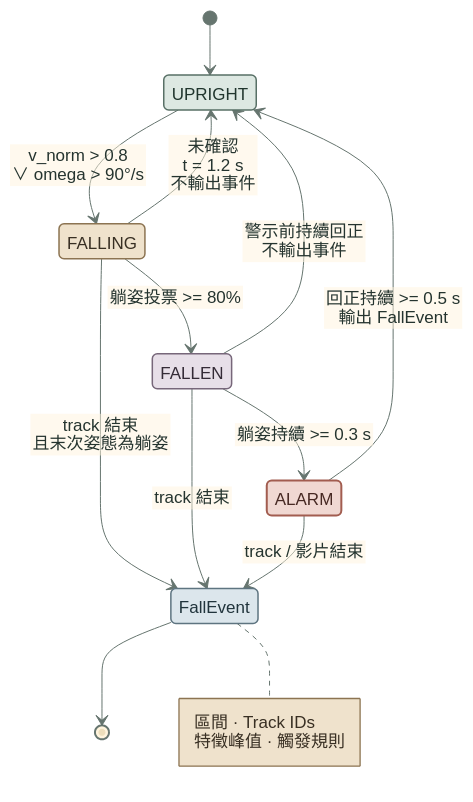
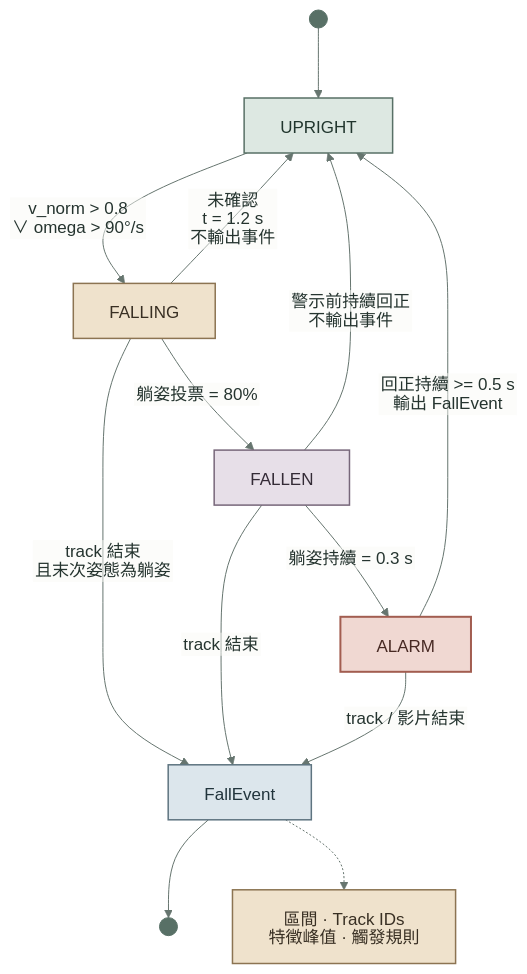
The third of 3 diagrams in README.md (kuotunyu/fall-detection-pose), drawn with Mermaid before and after one commit. The commit also changed 1 other file, not shown here.

Commit message:
docs: harden state diagram layout

````diff
--- a/README.md
+++ b/README.md
@@ -210,40 +210,42 @@
 ```mermaid
-%%{init: {'theme': 'base', 'htmlLabels': false, 'themeVariables': {'fontSize': '17px', 'fontFamily': 'Arial, sans-serif', 'lineColor': '#66756F', 'primaryTextColor': '#25342F', 'edgeLabelBackground': '#FAF9F6', 'noteBkgColor': '#EFE2CC', 'noteBorderColor': '#8C7452', 'noteTextColor': '#382F23'}}}%%
-stateDiagram-v2
-    direction TB
-    %% En spaces compensate for GitHub's state-node text metrics.
-    state " UPRIGHT " as UPRIGHT
-    state " FALLING " as FALLING
-    state " FALLEN " as FALLEN
-    state " ALARM " as ALARM
-    state " FallEvent " as FallEvent
-    [*] --> UPRIGHT
-    UPRIGHT --> FALLING: v_norm > 0.8<br/>∨ omega > 90°/s
-    FALLING --> FALLEN: 躺姿投票 >= 80%
-    FALLING --> UPRIGHT: 未確認<br/>t = 1.2 s<br/>不輸出事件
-    FALLEN --> ALARM: 躺姿持續 >= 0.3 s
-    FALLEN --> UPRIGHT: 警示前持續回正<br/>不輸出事件
-    ALARM --> UPRIGHT: 回正持續 >= 0.5 s<br/>輸出 FallEvent
+%%{init: {'theme': 'base', 'htmlLabels': false, 'flowchart': {'nodeSpacing': 55, 'rankSpacing': 70, 'curve': 'basis', 'padding': 18}, 'themeVariables': {'fontSize': '17px', 'fontFamily': 'Arial, sans-serif', 'lineColor': '#66756F', 'primaryTextColor': '#25342F', 'edgeLabelBackground': '#FAF9F6'}}}%%
+flowchart TB
+    Start(( ))
+    UPRIGHT["UPRIGHT"]
+    FALLING["FALLING"]
+    FALLEN["FALLEN"]
+    ALARM["ALARM"]
+    FallEvent["FallEvent"]
+    End(( ))
+    Evidence["區間 · Track IDs<br/>特徵峰值 · 觸發規則"]
 
-    FALLING --> FallEvent: track 結束<br/>且末次姿態為躺姿
-    FALLEN --> FallEvent: track 結束
-    ALARM --> FallEvent: track / 影片結束
-    FallEvent --> [*]
+    Start --> UPRIGHT
+    UPRIGHT -->|"v_norm > 0.8<br/>∨ omega > 90°/s"| FALLING
+    FALLING -->|"躺姿投票 >= 80%"| FALLEN
+    FALLING -->|"未確認<br/>t = 1.2 s<br/>不輸出事件"| UPRIGHT
+    FALLEN -->|"躺姿持續 >= 0.3 s"| ALARM
+    FALLEN -->|"警示前持續回正<br/>不輸出事件"| UPRIGHT
+    ALARM -->|"回正持續 >= 0.5 s<br/>輸出 FallEvent"| UPRIGHT
 
-    note right of FallEvent
-        區間 · Track IDs
-        特徵峰值 · 觸發規則
-    end note
+    FALLING -->|"track 結束<br/>且末次姿態為躺姿"| FallEvent
+    FALLEN -->|"track 結束"| FallEvent
+    ALARM -->|"track / 影片結束"| FallEvent
+    FallEvent --> End
+    FallEvent -.-> Evidence
 
     classDef upright fill:#DDE8E2,stroke:#587066,stroke-width:1.5px,color:#20352D
     classDef falling fill:#EFE2CC,stroke:#8C7452,stroke-width:1.5px,color:#382F23
     classDef fallen fill:#E7DFE8,stroke:#77677A,stroke-width:1.5px,color:#342B36
     classDef alarm fill:#F0D8D2,stroke:#A25D50,stroke-width:2px,color:#472923
     classDef event fill:#DCE6EC,stroke:#5E7480,stroke-width:1.5px,color:#21343C
+    classDef endpoint fill:#587066,stroke:#587066,color:#587066
+    classDef evidence fill:#EFE2CC,stroke:#8C7452,stroke-width:1.5px,color:#382F23
 
     class UPRIGHT upright
     class FALLING falling
     class FALLEN fallen
     class ALARM alarm
     class FallEvent event
+    class Start,End endpoint
+    class Evidence evidence
 ```
````
